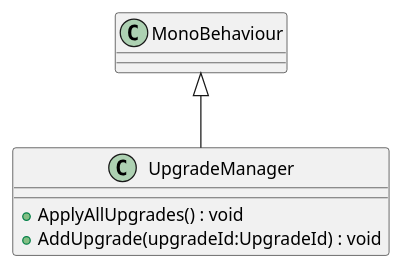
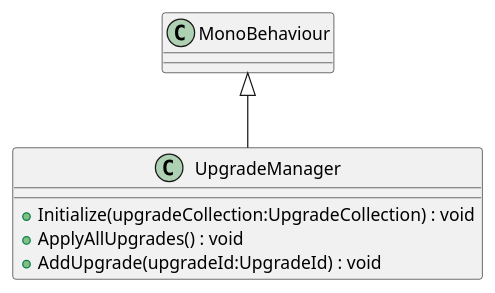
The diagram in plantuml/auto/Upgrade/UpgradeManager.puml (asterisk-cn/RougueShooter), drawn with PlantUML before and after one commit. The commit also changed 44 other files, not shown here.

Commit message:
change: update uml

```diff
--- a/plantuml/auto/Upgrade/UpgradeManager.puml
+++ b/plantuml/auto/Upgrade/UpgradeManager.puml
@@ -1,7 +1,8 @@
 @startuml
 class UpgradeManager {
+    + Initialize(upgradeCollection:UpgradeCollection) : void
     + ApplyAllUpgrades() : void
     + AddUpgrade(upgradeId:UpgradeId) : void
 }
 MonoBehaviour <|-- UpgradeManager
 @enduml
```
